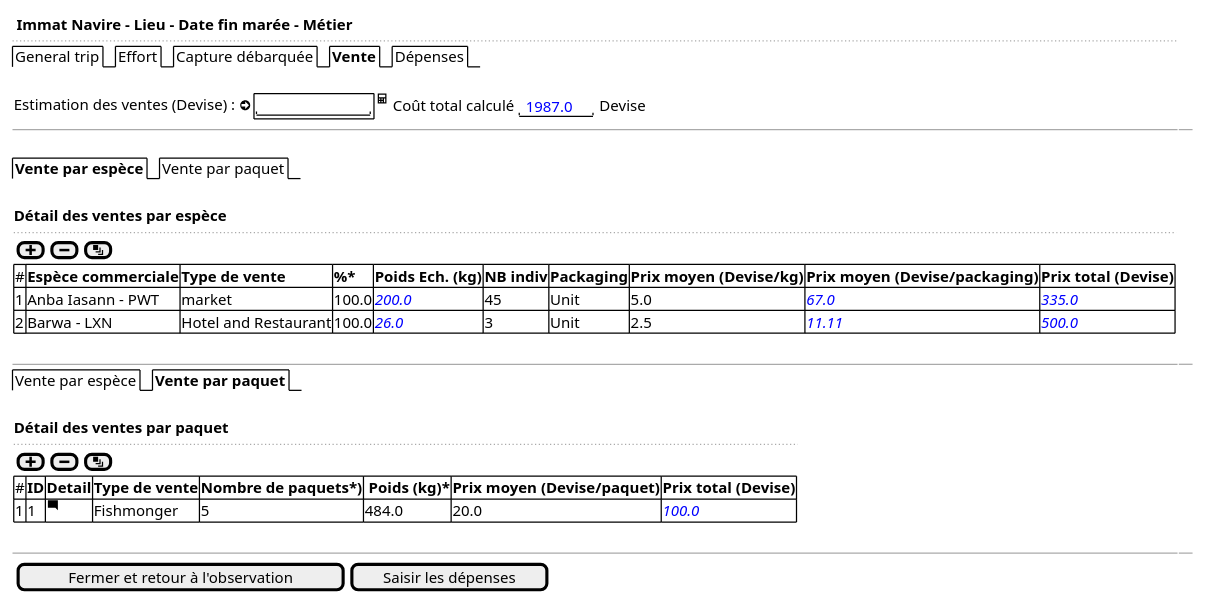
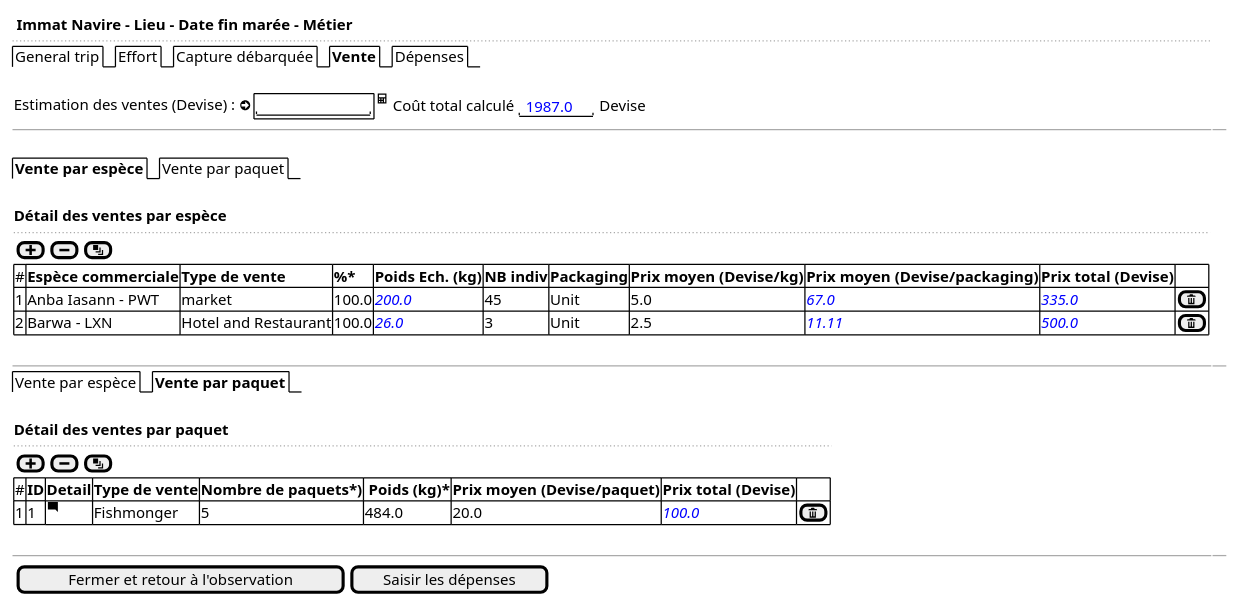
The diagram in use-case/collect/sales-expenses/landing-ui-sales-desktop.puml (sumaris-net/sumaris-doc), drawn with PlantUML before and after one commit. The commit also changed 20 other files, not shown here.

```diff
--- a/use-case/collect/sales-expenses/landing-ui-sales-desktop.puml
+++ b/use-case/collect/sales-expenses/landing-ui-sales-desktop.puml
@@ -1,41 +1,41 @@
 @startsalt
 {
   <b> Immat Navire - Lieu - Date fin marée - Métier
   ..
   {/ General trip | Effort | Capture débarquée | <b>Vente | Dépenses }
   .
   {Estimation des ventes (Devise) : <&arrow-circle-right> {+"           " } <&calculator> | {Coût total calculé  {"<color:blue> 1987.0"} Devise }}
   -- | --
   .
   {/ <b>Vente par espèce | Vente par paquet }
   .
   {
   <b>Détail des ventes par espèce
   ..
   {[<&plus>] | [<&minus>] | [<&layers>]}
 
   {#
-  # | <b>Espèce commerciale | <b>Type de vente     | <b>%* | <b>Poids Ech. (kg) | <b>NB indiv | <b>Packaging | <b>Prix moyen (Devise/kg) | <b>Prix moyen (Devise/packaging) | <b>Prix total (Devise)
-  1 | Anba Iasann - PWT     | market               | 100.0 | <color:blue><i>200.0           | 45 | Unit | 5.0 | <color:blue><i>67.0  | <color:blue><i>335.0
-  2 | Barwa - LXN           | Hotel and Restaurant | 100.0 | <color:blue><i>26.0            | 3  | Unit | 2.5 | <color:blue><i>11.11 | <color:blue><i>500.0
+  # | <b>Espèce commerciale | <b>Type de vente     | <b>%* | <b>Poids Ech. (kg) | <b>NB indiv | <b>Packaging | <b>Prix moyen (Devise/kg) | <b>Prix moyen (Devise/packaging) | <b>Prix total (Devise)   | .
+  1 | Anba Iasann - PWT     | market               | 100.0 | <color:blue><i>200.0           | 45 | Unit | 5.0 | <color:blue><i>67.0  | <color:blue><i>335.0   | [<&trash>]
+  2 | Barwa - LXN           | Hotel and Restaurant | 100.0 | <color:blue><i>26.0            | 3  | Unit | 2.5 | <color:blue><i>11.11 | <color:blue><i>500.0   | [<&trash>]
   }
   }
   .
   -- | --
   {/ Vente par espèce | <b>Vente par paquet }
    .
   {
   <b>Détail des ventes par paquet
   ..
   {[<&plus>] | [<&minus>] | [<&layers>]}
 
   {#
-  # | <b>ID | <b>Detail         | <b>Type de vente | <b>Nombre de paquets*)   | <b> Poids (kg)* | <b>Prix moyen (Devise/paquet) | <b>Prix total (Devise)
-  1 | 1     | <&comment-square> | Fishmonger       | 5             | 484.0 | 20.0 | <color:blue><i>100.0
+  # | <b>ID | <b>Detail         | <b>Type de vente | <b>Nombre de paquets*)   | <b> Poids (kg)* | <b>Prix moyen (Devise/paquet) | <b>Prix total (Devise)   | .
+  1 | 1     | <&comment-square> | Fishmonger       | 5             | 484.0 | 20.0 | <color:blue><i>100.0   | [<&trash>]
   }
   }
   .
   -- | --
   {{[Fermer et retour à l'observation] | [Saisir les dépenses]}}
 }
 @endsalt
```
